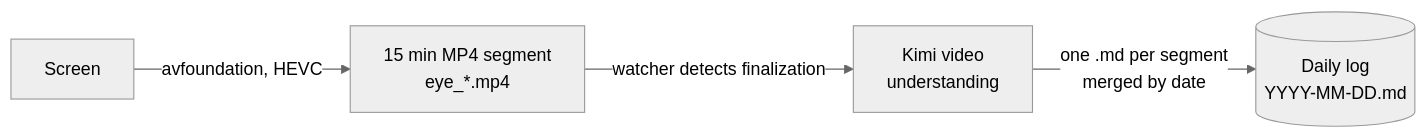
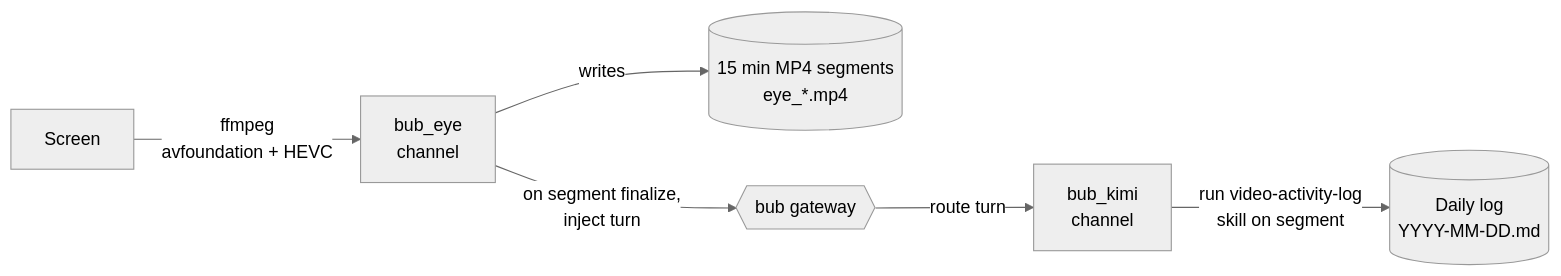
The diagram in README.md (oilbeater/visual-base), drawn with Mermaid (neutral theme) before and after one commit. The commit also changed other lines of this file, not shown here.

First line of the commit message:
docs: expand Parts with bub and wire gateway into the flow diagram

````diff
--- a/README.md
+++ b/README.md
@@ -39,6 +40,8 @@
 ```mermaid
 flowchart LR
-    S[Screen] -->|avfoundation, HEVC| V["15 min MP4 segment<br/>eye_*.mp4"]
-    V -->|watcher detects finalization| K["Kimi video<br/>understanding"]
-    K -->|one .md per segment<br/>merged by date| D[("Daily log<br/>YYYY-MM-DD.md")]
+    S[Screen] -->|ffmpeg<br/>avfoundation + HEVC| E["bub_eye<br/>channel"]
+    E -->|writes| V[("15 min MP4 segments<br/>eye_*.mp4")]
+    E -->|on segment finalize,<br/>inject turn| G{{"bub gateway"}}
+    G -->|route turn| K["bub_kimi<br/>channel"]
+    K -->|run video-activity-log<br/>skill on segment| D[("Daily log<br/>YYYY-MM-DD.md")]
 ```
````
